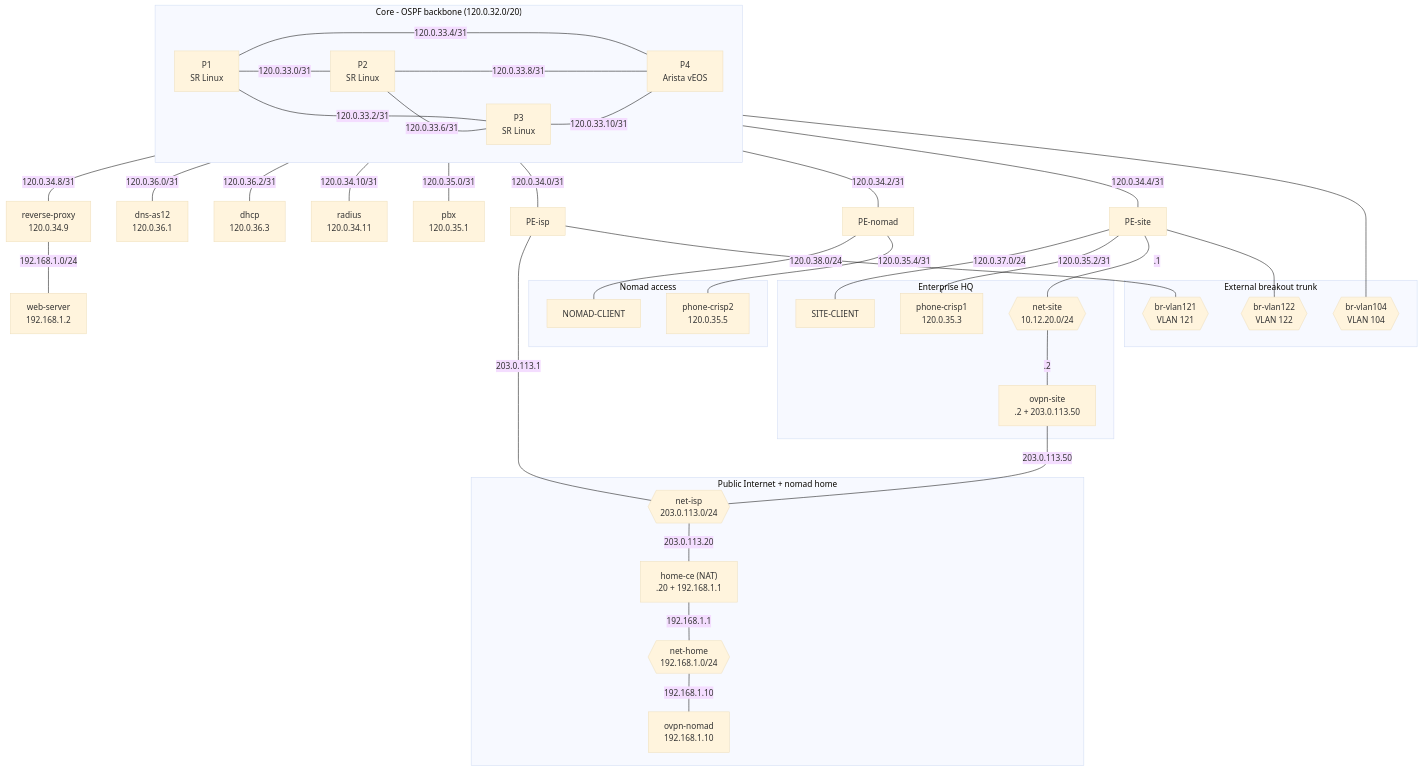
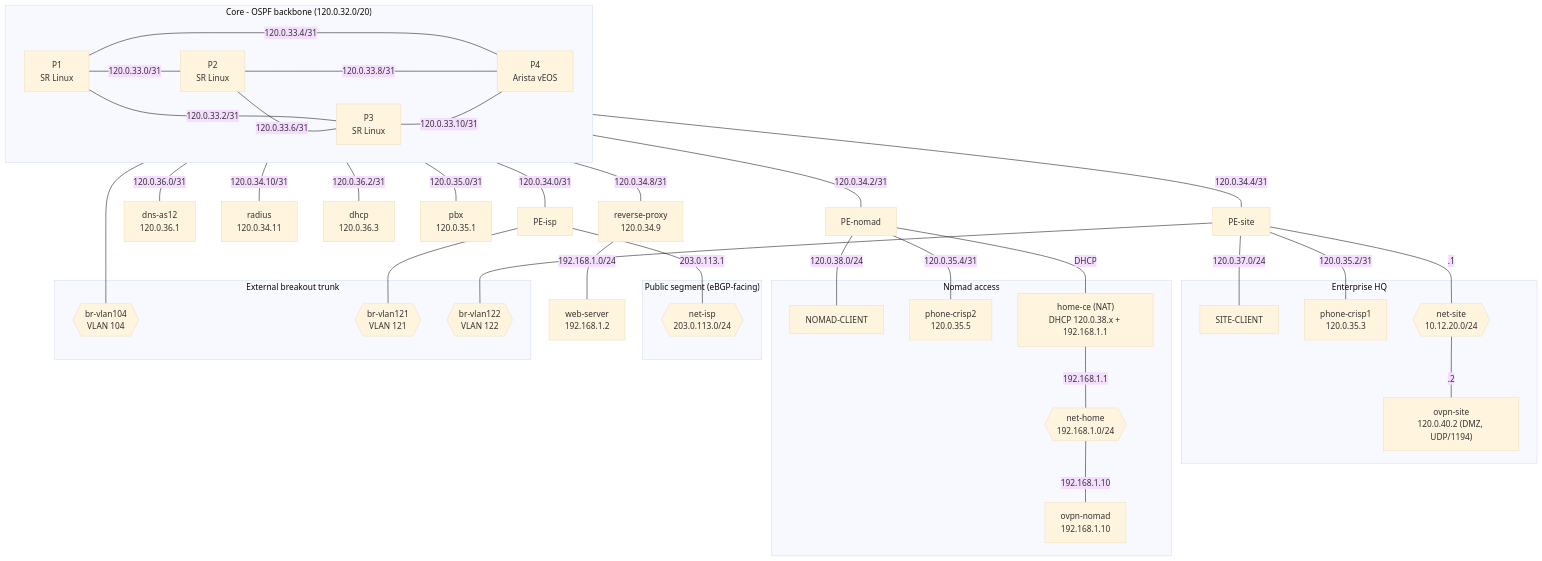
The first of 2 diagrams in README.md (yfgrepcat/CrISP), drawn with Mermaid before and after one commit. The commit also changed other lines of this file and 5 other files, not shown here.

Commit message:
fix&feat: Changes multi-homed VPN to single-home since deprecation of ISP-Site node and added DNS root entry

````diff
--- a/README.md
+++ b/README.md
@@ -110,79 +110,78 @@
 ```mermaid
 %%{init: {'theme': 'base', 'themeVariables': {'fontSize': '16px'}}}%%
 flowchart TB
   subgraph CORE["Core - OSPF backbone (120.0.32.0/20)"]
     direction LR
     P1["P1<br/>SR Linux"]
     P2["P2<br/>SR Linux"]
     P3["P3<br/>SR Linux"]
     P4["P4<br/>Arista vEOS"]
     P1 ---|"120.0.33.0/31"| P2
     P1 ---|"120.0.33.2/31"| P3
     P1 ---|"120.0.33.4/31"| P4
     P2 ---|"120.0.33.6/31"| P3
     P2 ---|"120.0.33.8/31"| P4
     P3 ---|"120.0.33.10/31"| P4
   end
 
   %% --- services directly on the core ---
   RP["reverse-proxy<br/>120.0.34.9"]
   WEB["web-server<br/>192.168.1.2"]
   DNS["dns-as12<br/>120.0.36.1"]
   RADIUS["radius<br/>120.0.34.11"]
   DHCP["dhcp<br/>120.0.36.3"]
   PBX["pbx<br/>120.0.35.1"]
   P1 ---|"120.0.34.8/31"| RP
   RP ---|"192.168.1.0/24"| WEB
   P1 ---|"120.0.36.0/31"| DNS
   P1 ---|"120.0.36.2/31"| DHCP
   P2 ---|"120.0.34.10/31"| RADIUS
   P4 ---|"120.0.35.0/31"| PBX
 
   %% --- PE routers ---
   P1 ---|"120.0.34.0/31"| PEisp["PE-isp"]
   P2 ---|"120.0.34.2/31"| PEnomad["PE-nomad"]
   P3 ---|"120.0.34.4/31"| PEsite["PE-site"]
 
   %% --- HQ site (net-site) ---
   subgraph HQ["Enterprise HQ"]
     SITEC["SITE-CLIENT"]
     PHs["phone-crisp1<br/>120.0.35.3"]
     NETSITE{{"net-site<br/>10.12.20.0/24"}}
-    OVPNs["ovpn-site<br/>.2 + 203.0.113.50"]
+    OVPNs["ovpn-site<br/>120.0.40.2 (DMZ, UDP/1194)"]
   end
   PEsite ---|"120.0.37.0/24"| SITEC
   PEsite ---|"120.0.35.2/31"| PHs
   PEsite ---|".1"| NETSITE
   NETSITE ---|".2"| OVPNs
 
   %% --- residential access ---
   subgraph RES["Nomad access"]
     NOMADC["NOMAD-CLIENT"]
     PHn["phone-crisp2<br/>120.0.35.5"]
+    HOMECE["home-ce (NAT)<br/>DHCP 120.0.38.x + 192.168.1.1"]
+    NETHOME{{"net-home<br/>192.168.1.0/24"}}
+    OVPNn["ovpn-nomad<br/>192.168.1.10"]
   end
   PEnomad ---|"120.0.38.0/24"| NOMADC
   PEnomad ---|"120.0.35.4/31"| PHn
+  PEnomad ---|"DHCP"| HOMECE
+  HOMECE ---|"192.168.1.1"| NETHOME
+  NETHOME ---|"192.168.1.10"| OVPNn
 
-  %% --- Internet + nomad home ---
-  subgraph NET["Public Internet + nomad home"]
+  %% --- eBGP-facing public segment (no VPN traffic here) ---
+  subgraph NET["Public segment (eBGP-facing)"]
     NETISP{{"net-isp<br/>203.0.113.0/24"}}
-    HOMECE["home-ce (NAT)<br/>.20 + 192.168.1.1"]
-    NETHOME{{"net-home<br/>192.168.1.0/24"}}
-    OVPNn["ovpn-nomad<br/>192.168.1.10"]
   end
   PEisp ---|"203.0.113.1"| NETISP
-  OVPNs ---|"203.0.113.50"| NETISP
-  NETISP ---|"203.0.113.20"| HOMECE
-  HOMECE ---|"192.168.1.1"| NETHOME
-  NETHOME ---|"192.168.1.10"| OVPNn
 
   %% --- external breakout trunk ---
   subgraph TRUNK["External breakout trunk"]
     BR104{{"br-vlan104<br/>VLAN 104"}}
     BR121{{"br-vlan121<br/>VLAN 121"}}
     BR122{{"br-vlan122<br/>VLAN 122"}}
   end
   P4 --- BR104
   PEisp --- BR121
   PEsite --- BR122
 ```
````
